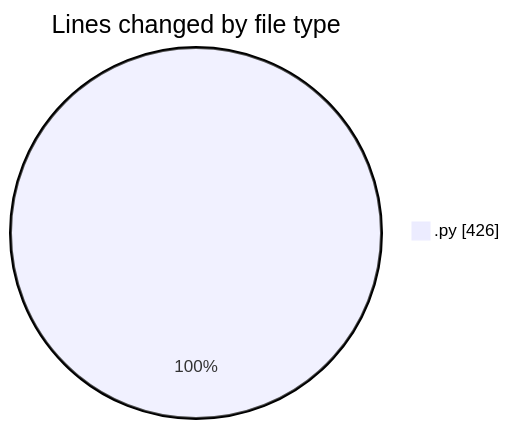
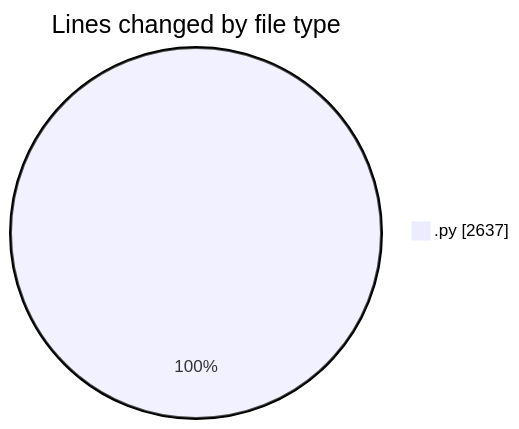
The first of 2 diagrams in 2026-03-14/ai_assignment/README.md (Unknowalive/code-tracking), drawn with Mermaid before and after one commit. The commit also changed other lines of this file and 1 other file, not shown here.

````diff
--- a/2026-03-14/ai_assignment/README.md
+++ b/2026-03-14/ai_assignment/README.md
@@ -21,5 +28,5 @@
 ```mermaid
 pie showData
 title Lines changed by file type
-".py" : 426
+".py" : 2637
 ```
````
